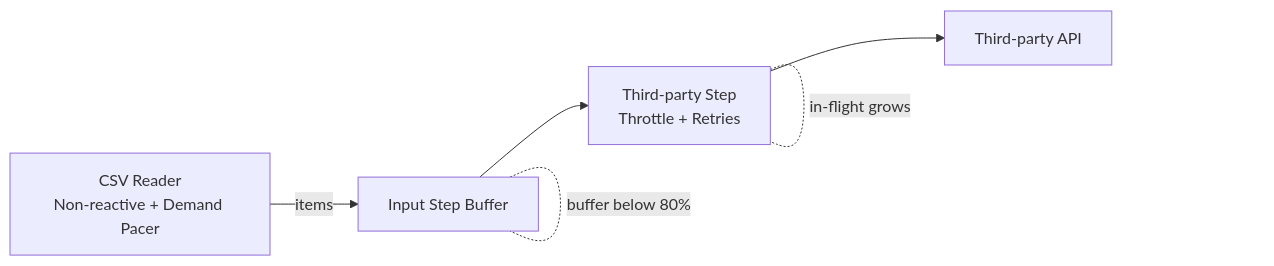
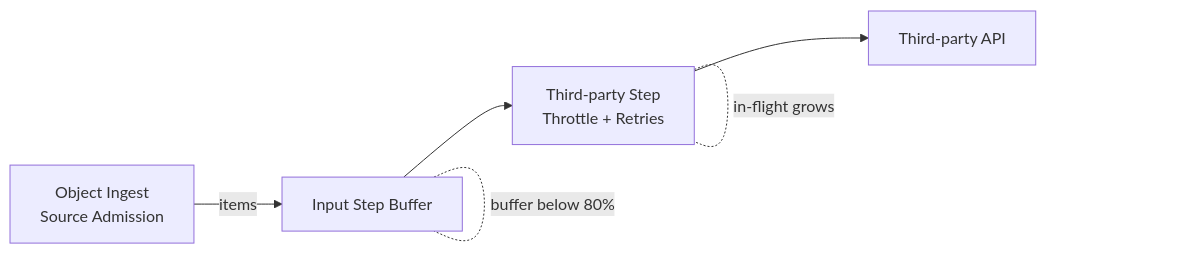
Before and after one commit to The-Pipeline-Framework/pipelineframework: the diagram in docs/deploy/concurrency-and-backpressure.md, drawn with Mermaid. The commit also changed other lines of this file and 47 other files, not shown here.

Commit message:
Migrate CSV payments to object I/O connectors

````diff
--- a/docs/deploy/concurrency-and-backpressure.md
+++ b/docs/deploy/concurrency-and-backpressure.md
@@ -62,9 +62,9 @@
 ```mermaid
 flowchart LR
-    A[CSV Reader<br/>Non-reactive + Demand Pacer] -->|items| B[Input Step Buffer]
+    A[Object Ingest<br/>Source Admission] -->|items| B[Input Step Buffer]
     B --> C[Third-party Step<br/>Throttle + Retries]
     C --> D[Third-party API]
     C -. retry amplification .-> C
     B -. buffer below 80% .- B
     C -. in-flight grows .- C
 ```
````
